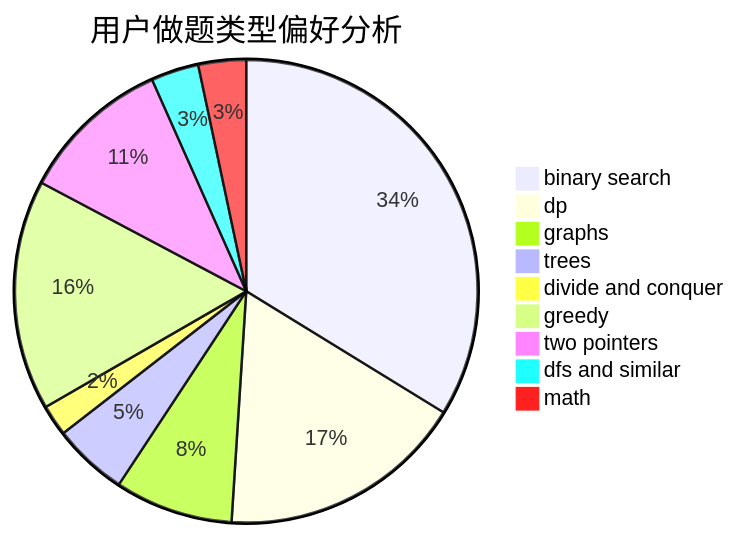
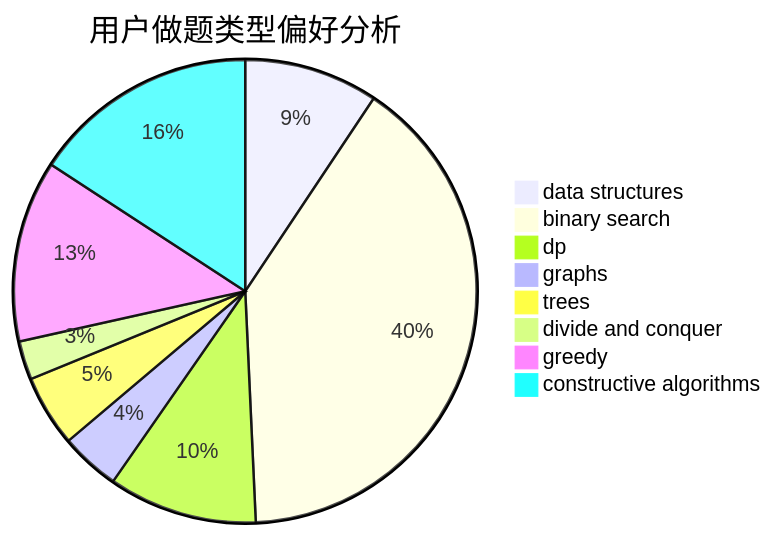
The second of 3 diagrams in docs/user/u1347.md (sherpahu/cfrs.github.io), drawn with Mermaid before and after one commit. The commit also changed other lines of this file and 2775 other files, not shown here.

````diff
--- a/docs/user/u1347.md
+++ b/docs/user/u1347.md
@@ -23,12 +23,11 @@
 ```mermaid
 pie title 用户做题类型偏好分析
-    "binary search" :  233
-    "dp" :  119
-    "graphs" :  57
-    "trees" :  36
-    "divide and conquer" :  15
-    "greedy" :  111
-    "two pointers" :  73
-    "dfs and similar" :  23
-    "math" :  23
+    "data structures" :  45
+    "binary search" :  192
+    "dp" :  50
+    "graphs" :  20
+    "trees" :  24
+    "divide and conquer" :  13
+    "greedy" :  61
+    "constructive algorithms" :  76
 ```
````
